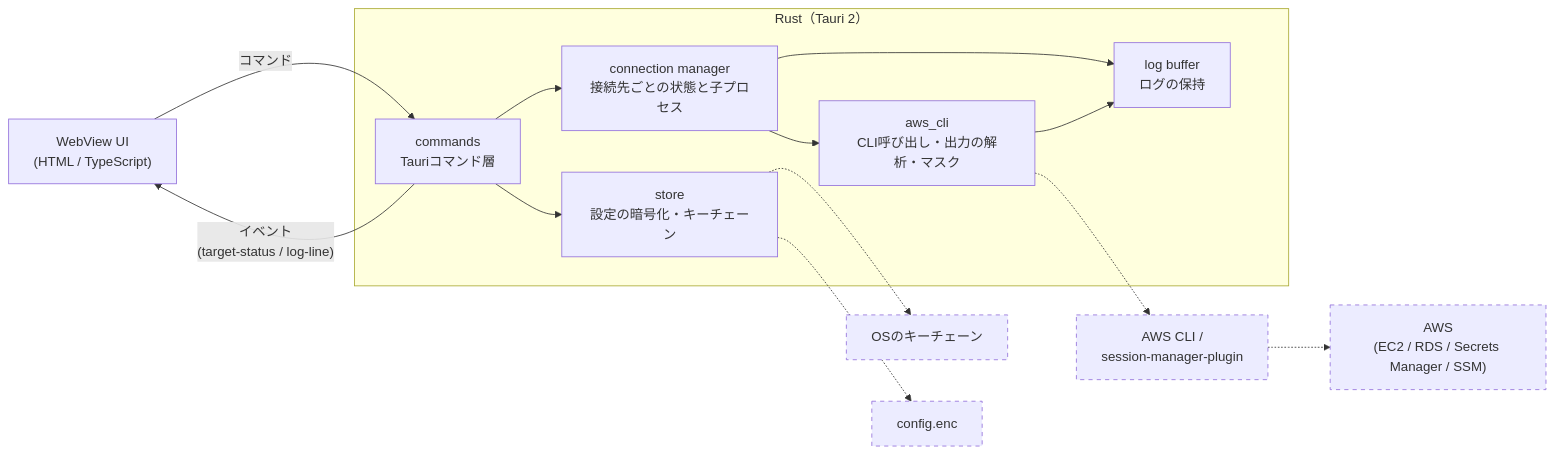
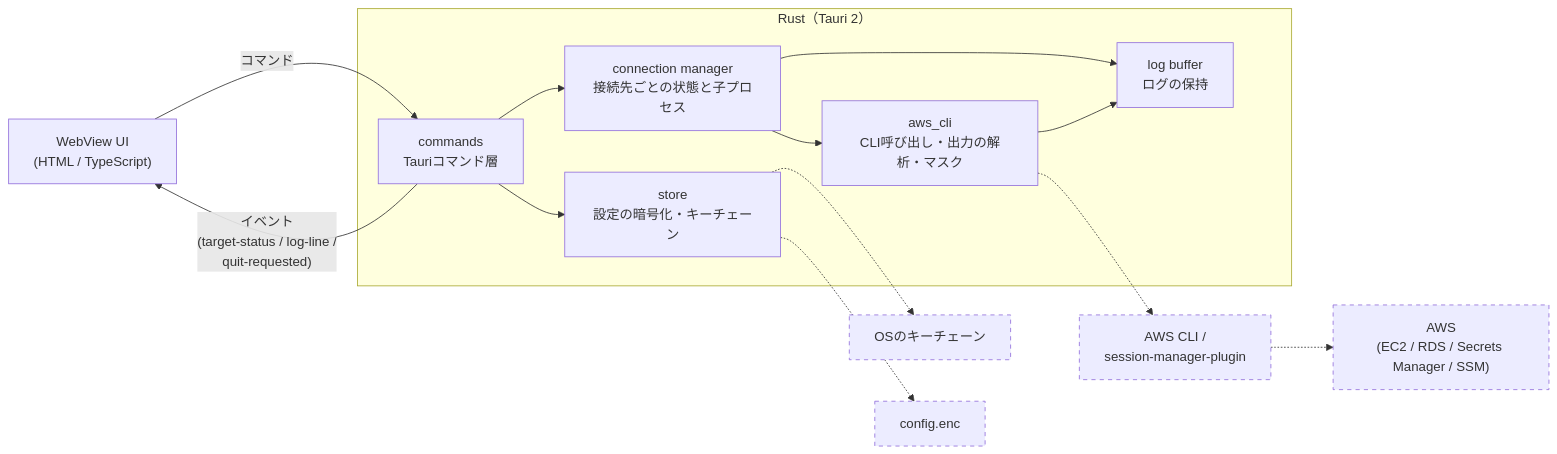
One commit to r-murakami15/db-tunnel changed the diagram in docs/05-architecture.md. Above: the diagram before and after it, drawn with Mermaid. The commit also changed other lines of this file and 11 other files, not shown here.

````diff
--- a/docs/05-architecture.md
+++ b/docs/05-architecture.md
@@ -9,34 +9,34 @@
 ```mermaid
 flowchart LR
     UI["WebView UI<br/>(HTML / TypeScript)"]
 
     subgraph Rust["Rust（Tauri 2）"]
         CMD["commands<br/>Tauriコマンド層"]
         STORE["store<br/>設定の暗号化・キーチェーン"]
         CONN["connection manager<br/>接続先ごとの状態と子プロセス"]
         AWSCLI["aws_cli<br/>CLI呼び出し・出力の解析・マスク"]
         LOG["log buffer<br/>ログの保持"]
     end
 
     CLI["AWS CLI /<br/>session-manager-plugin"]
     KC["OSのキーチェーン"]
     FILE["config.enc"]
     AWS["AWS<br/>(EC2 / RDS / Secrets Manager / SSM)"]
 
     UI -- "コマンド" --> CMD
-    CMD -- "イベント<br/>(target-status / log-line)" --> UI
+    CMD -- "イベント<br/>(target-status / log-line /<br/>quit-requested)" --> UI
 
     CMD --> STORE
     CMD --> CONN
     CONN --> AWSCLI
     CONN --> LOG
     AWSCLI --> LOG
 
     STORE -.-> KC
     STORE -.-> FILE
     AWSCLI -.-> CLI
     CLI -.-> AWS
 
     classDef external stroke-dasharray: 5 5;
     class CLI,KC,FILE,AWS external;
 ```
````
